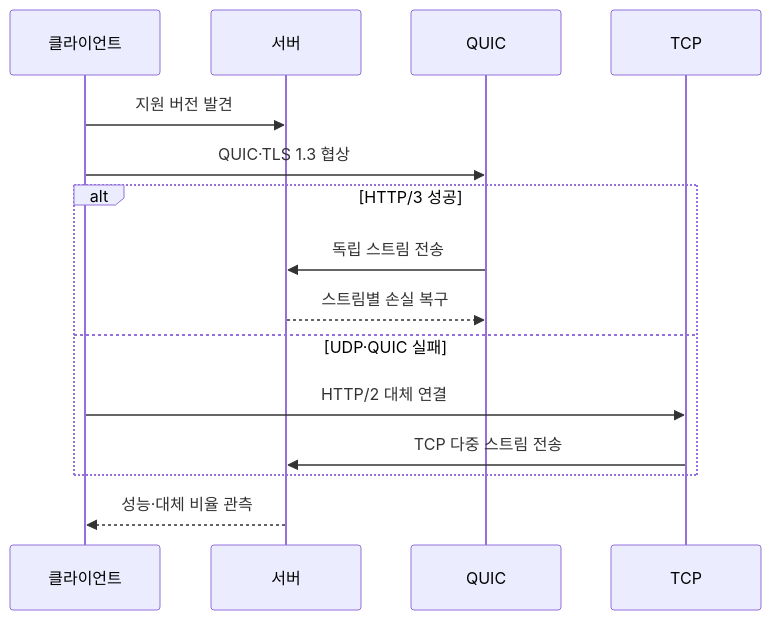
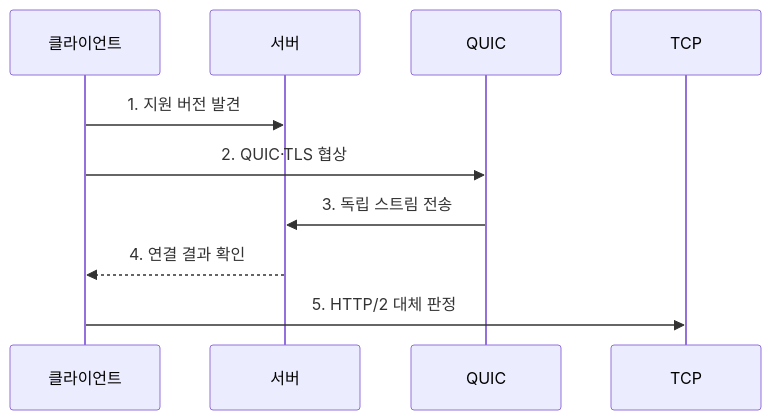
One commit to agnusdei1207/knowledge-base changed the second of 2 diagrams in src/content/docs/notes/04-network/108_http2_http3_comparison.md. Above: the diagram before and after it, drawn with Mermaid. The commit also changed other lines of this file and 21 other files, not shown here.

````diff
--- a/src/content/docs/notes/04-network/108_http2_http3_comparison.md
+++ b/src/content/docs/notes/04-network/108_http2_http3_comparison.md
@@ -86,17 +84,12 @@
 ```mermaid
 sequenceDiagram
     participant 클라이언트
     participant 서버
     participant QUIC
     participant TCP
-    클라이언트->>서버: 지원 버전 발견
-    클라이언트->>QUIC: QUIC·TLS 1.3 협상
-    alt HTTP/3 성공
-        QUIC->>서버: 독립 스트림 전송
-        서버-->>QUIC: 스트림별 손실 복구
-    else UDP·QUIC 실패
-        클라이언트->>TCP: HTTP/2 대체 연결
-        TCP->>서버: TCP 다중 스트림 전송
-    end
-    서버-->>클라이언트: 성능·대체 비율 관측
+    클라이언트->>서버: 1. 지원 버전 발견
+    클라이언트->>QUIC: 2. QUIC·TLS 협상
+    QUIC->>서버: 3. 독립 스트림 전송
+    서버-->>클라이언트: 4. 연결 결과 확인
+    클라이언트->>TCP: 5. HTTP/2 대체 판정
 ```
````
